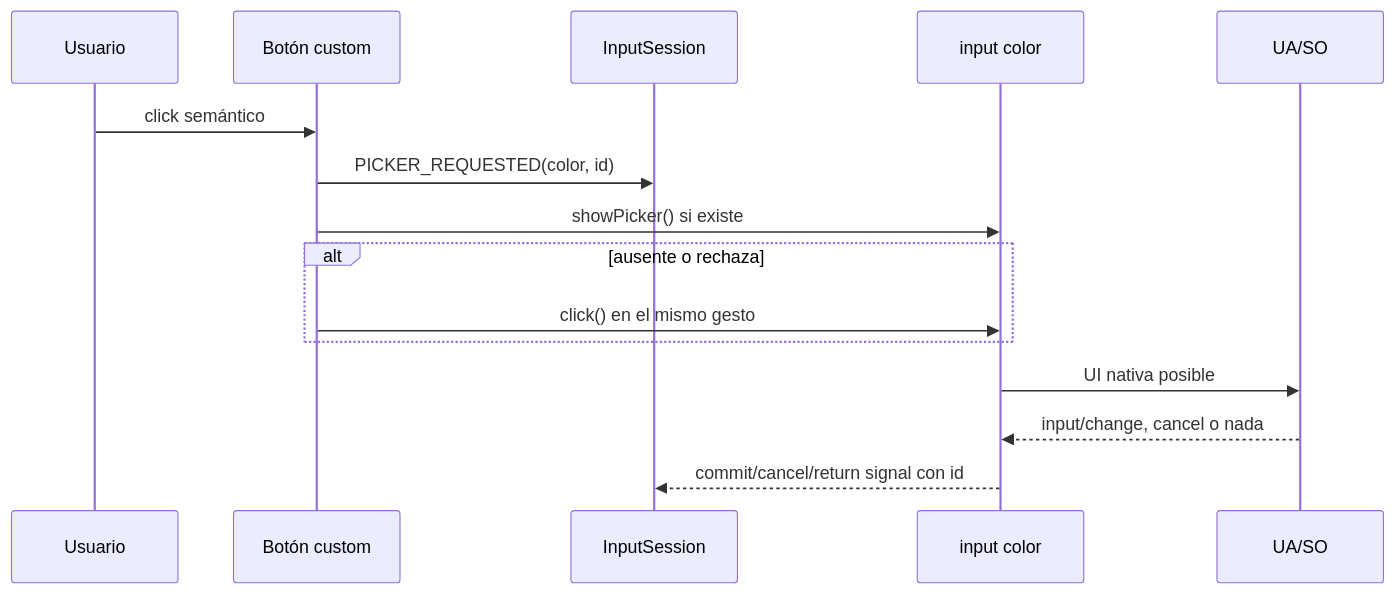
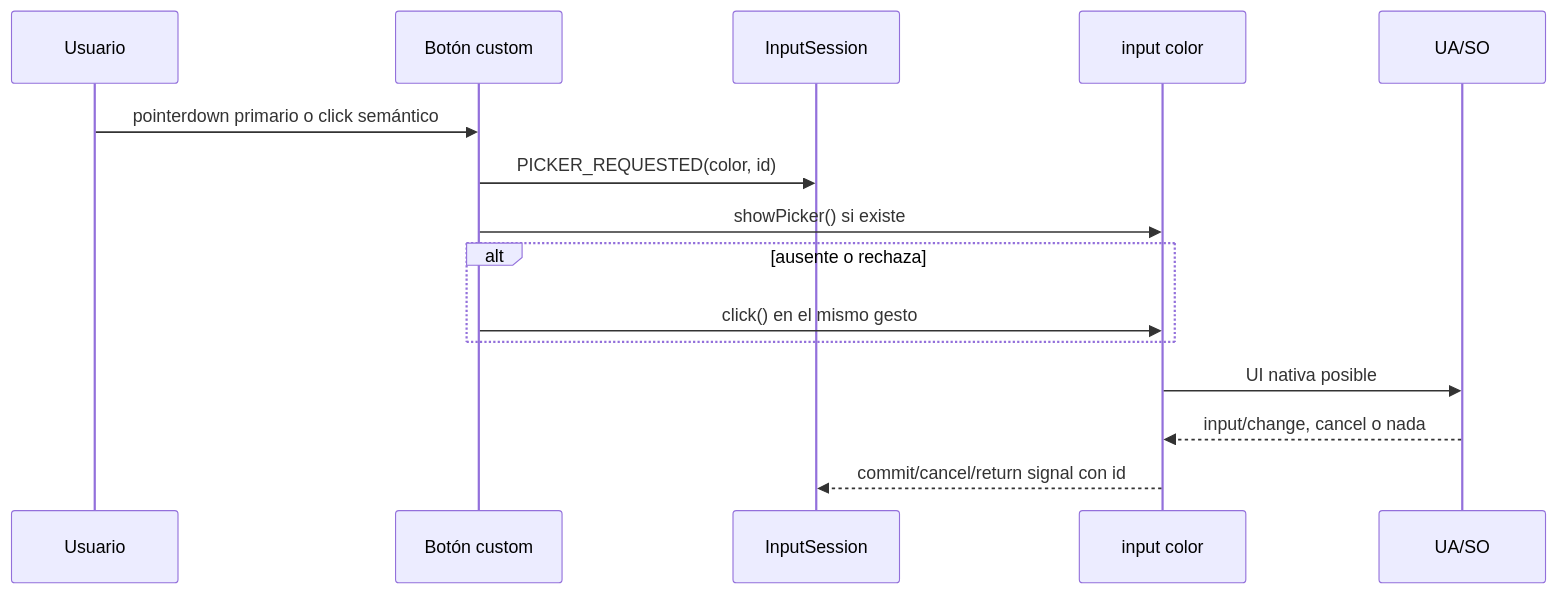
Before and after one commit to CesarJGB/Under-FlashCards-FrontEnd: the fifth of 10 diagrams in docs/platform-limitations/manual-editor-v2-state-machines.md, drawn with Mermaid. The commit also changed other lines of this file and 5 other files, not shown here.

````diff
--- a/docs/platform-limitations/manual-editor-v2-state-machines.md
+++ b/docs/platform-limitations/manual-editor-v2-state-machines.md
@@ -173,17 +172,17 @@
 ```mermaid
 sequenceDiagram
   participant U as Usuario
   participant B as Botón custom
   participant S as InputSession
   participant I as input color
   participant N as UA/SO
-  U->>B: click semántico
+  U->>B: pointerdown primario o click semántico
   B->>S: PICKER_REQUESTED(color, id)
   B->>I: showPicker() si existe
   alt ausente o rechaza
     B->>I: click() en el mismo gesto
   end
   I->>N: UI nativa posible
   N-->>I: input/change, cancel o nada
   I-->>S: commit/cancel/return signal con id
 ```
````
